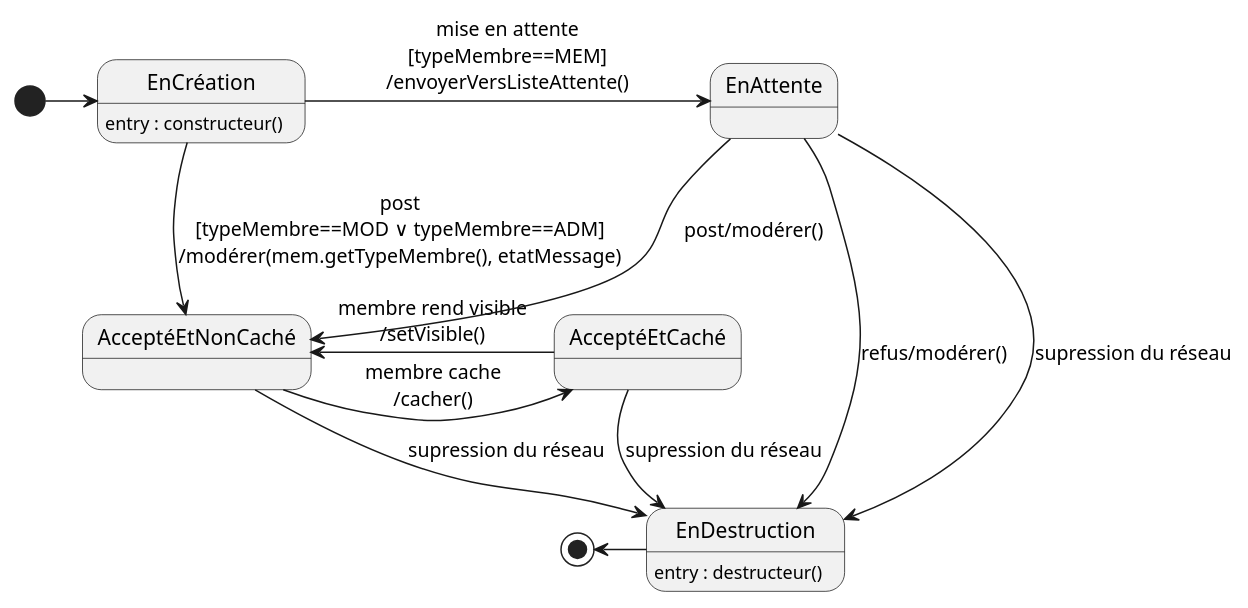
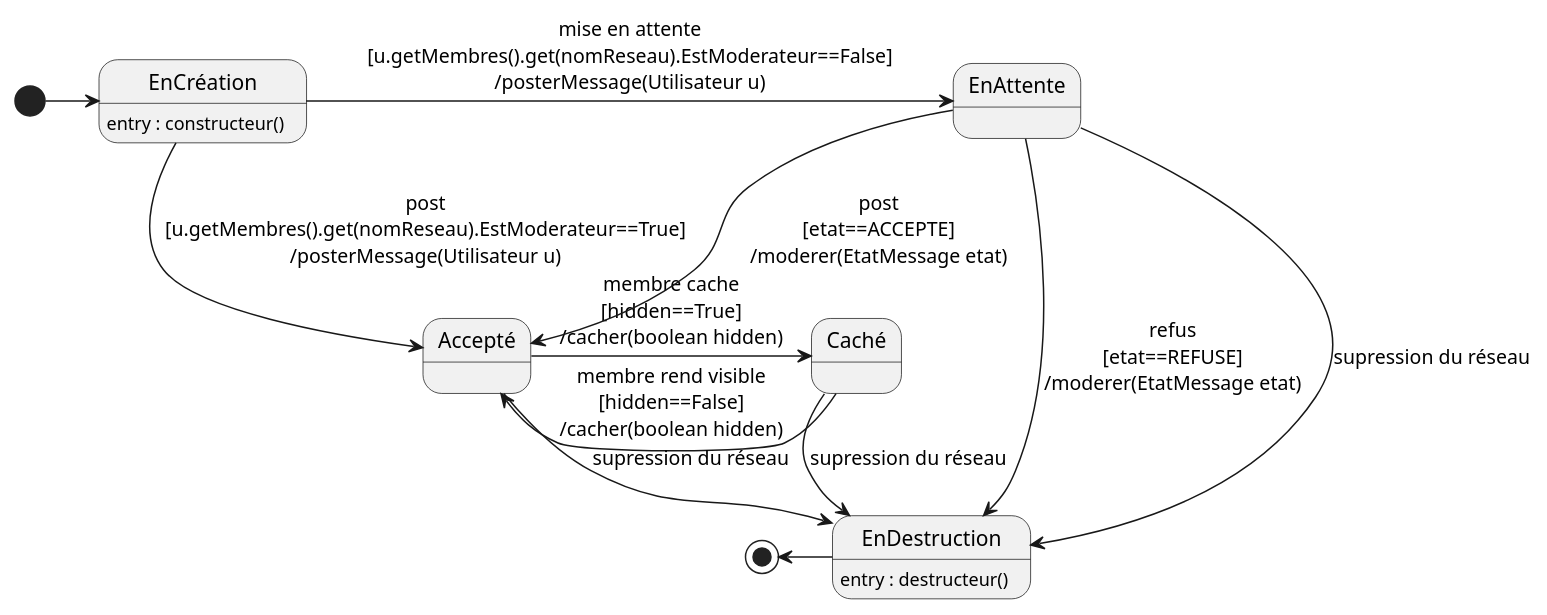
Before and after one commit to ThELud0/Minisocs: the diagram in Diagrammes/minisocs_uml_diag_machine_a_etats_message.pu, drawn with PlantUML. The commit also changed 2 other files, not shown here.

Commit message:
Diagramme machine à états de message

```diff
--- a/Diagrammes/minisocs_uml_diag_machine_a_etats_message.pu
+++ b/Diagrammes/minisocs_uml_diag_machine_a_etats_message.pu
@@ -1,22 +1,22 @@
 @startuml
 
 'Diagramme de machine à états (PlantUML)'
 
 'Configuration charte graphique'
 
 'États et transitions'
 state EnCréation : entry : constructeur()
 state EnDestruction : entry : destructeur()
 
 [*] -right-> EnCréation
-EnCréation --> AcceptéEtNonCaché : post\n[typeMembre==MOD ∨ typeMembre==ADM]\n/modérer(mem.getTypeMembre(), etatMessage)
-EnCréation -right-> EnAttente : mise en attente\n[typeMembre==MEM]\n/envoyerVersListeAttente()
-AcceptéEtNonCaché -right-> AcceptéEtCaché : membre cache\n/cacher()
-AcceptéEtCaché -left-> AcceptéEtNonCaché : membre rend visible\n/setVisible()
-EnAttente --> AcceptéEtNonCaché : post/modérer()
-EnAttente --> EnDestruction : refus/modérer()
+EnCréation --> Accepté : post\n[u.getMembres().get(nomReseau).EstModerateur==True]\n/posterMessage(Utilisateur u)
+EnCréation -right-> EnAttente : mise en attente\n[u.getMembres().get(nomReseau).EstModerateur==False]\n/posterMessage(Utilisateur u)
+Accepté -right-> Caché : membre cache\n[hidden==True]\n/cacher(boolean hidden)
+Caché -left-> Accepté : membre rend visible\n[hidden==False]\n/cacher(boolean hidden)
+EnAttente --> Accepté : post\n[etat==ACCEPTE]\n/moderer(EtatMessage etat)
+EnAttente --> EnDestruction : refus\n[etat==REFUSE]\n/moderer(EtatMessage etat)
 EnAttente --> EnDestruction : supression du réseau
-AcceptéEtNonCaché --> EnDestruction : supression du réseau
-AcceptéEtCaché --> EnDestruction : supression du réseau
+Accepté --> EnDestruction : supression du réseau
+Caché --> EnDestruction : supression du réseau
 EnDestruction -left-> [*]
 @enduml
```
